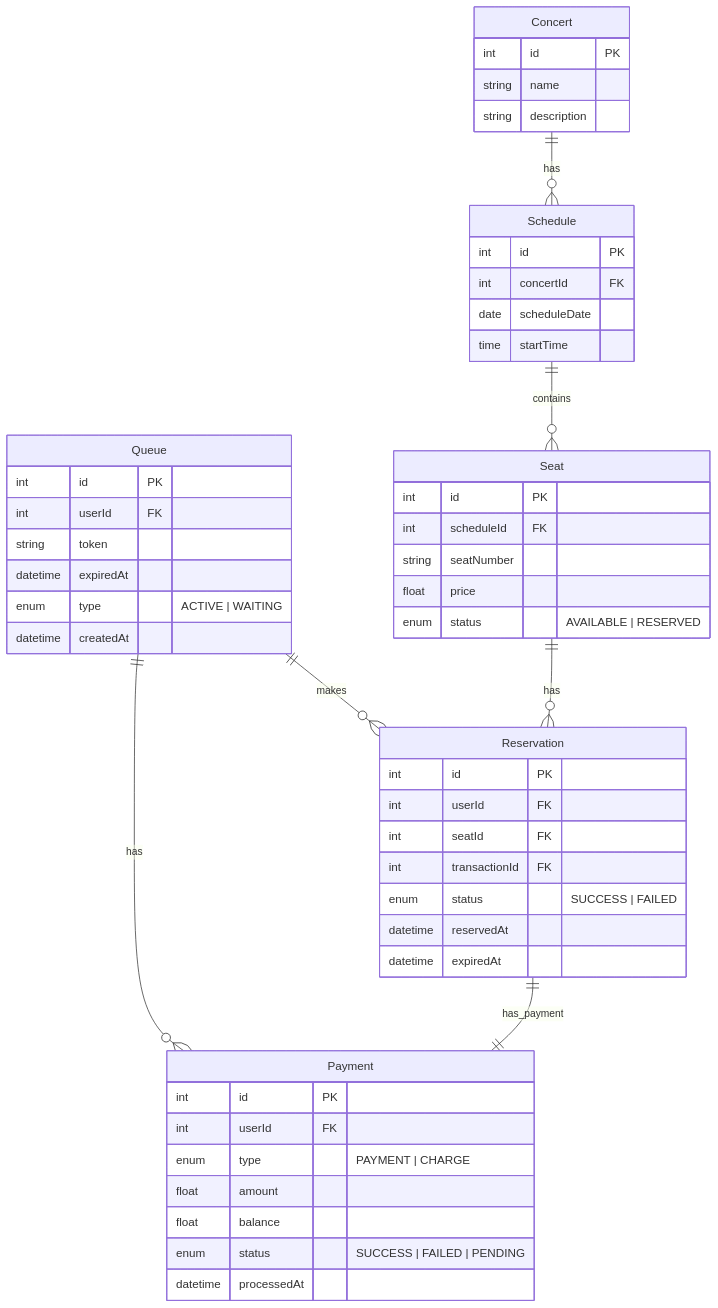
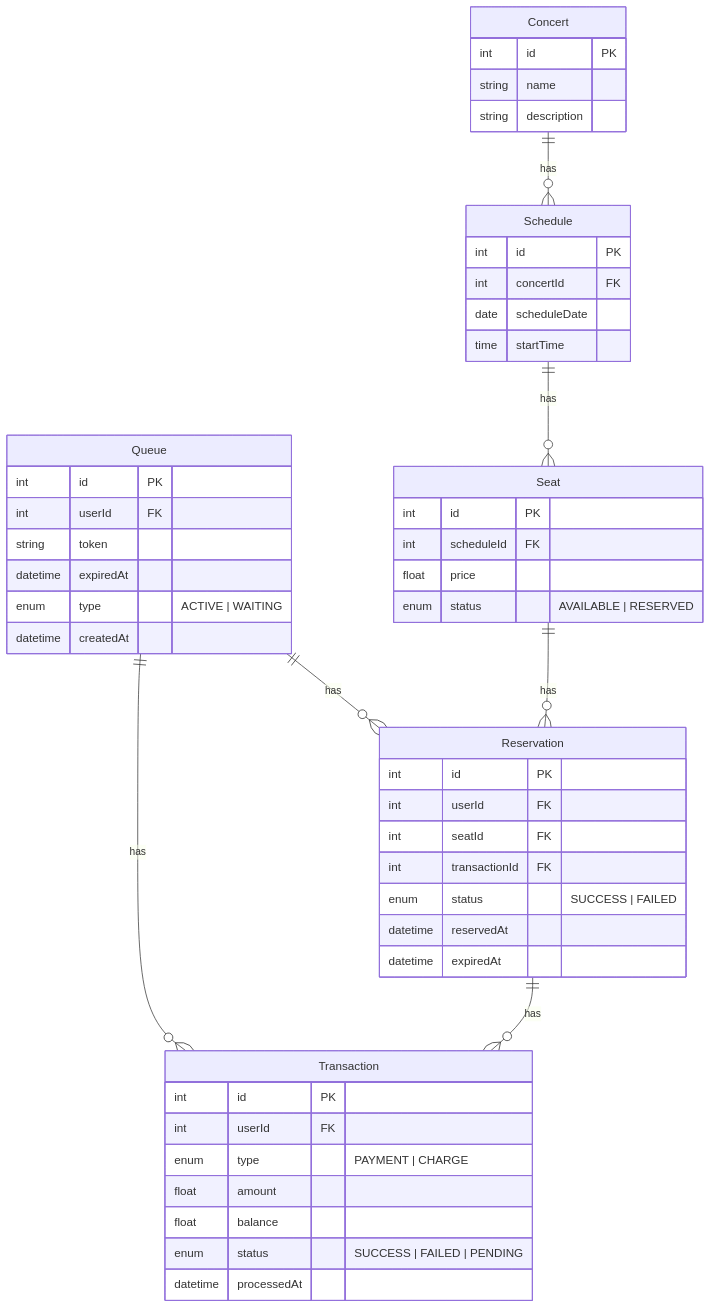
Before and after one commit to dohee789/concert-reservation: the diagram in docs/ERD.mermaid, drawn with Mermaid. The commit also changed 3 other files, not shown here.

Commit message:
:memo: 클래스다이어그램 수정

```diff
--- a/docs/ERD.mermaid
+++ b/docs/ERD.mermaid
@@ -1,57 +1,56 @@
 erDiagram
-    Queue ||--o{ Reservation : makes
-    Queue ||--o{ Payment : has
+    Queue ||--o{ Reservation : has
+    Queue ||--o{ Transaction : has
 
     Queue {
         int id PK
         int userId FK
         string token
         datetime expiredAt
         enum type "ACTIVE | WAITING"
         datetime createdAt
     }
 
     Concert ||--o{ Schedule : has
     Concert {
         int id PK
         string name
         string description
     }
 
-    Schedule ||--o{ Seat : contains
+    Schedule ||--o{ Seat : has
     Schedule {
         int id PK
         int concertId FK
         date scheduleDate
         time startTime
     }
 
     Seat ||--o{ Reservation : has
     Seat {
         int id PK
         int scheduleId FK
-        string seatNumber
         float price
         enum status "AVAILABLE | RESERVED"
     }
 
-    Reservation ||--|| Payment : has_payment
+    Reservation ||--o{ Transaction : has
     Reservation {
         int id PK
         int userId FK
         int seatId FK
         int transactionId FK
         enum status "SUCCESS | FAILED"
         datetime reservedAt
         datetime expiredAt
     }
 
-    Payment {
+    Transaction {
         int id PK
         int userId FK
         enum type "PAYMENT | CHARGE"
         float amount
         float balance
         enum status "SUCCESS | FAILED | PENDING"
         datetime processedAt
     }
```
